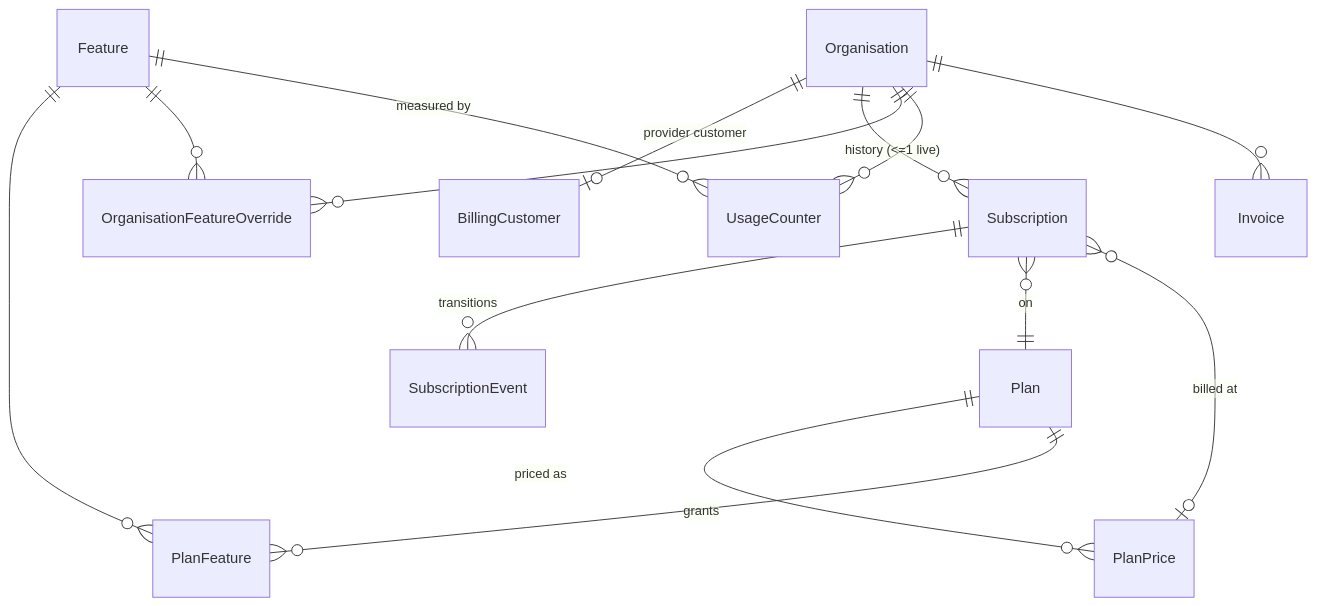
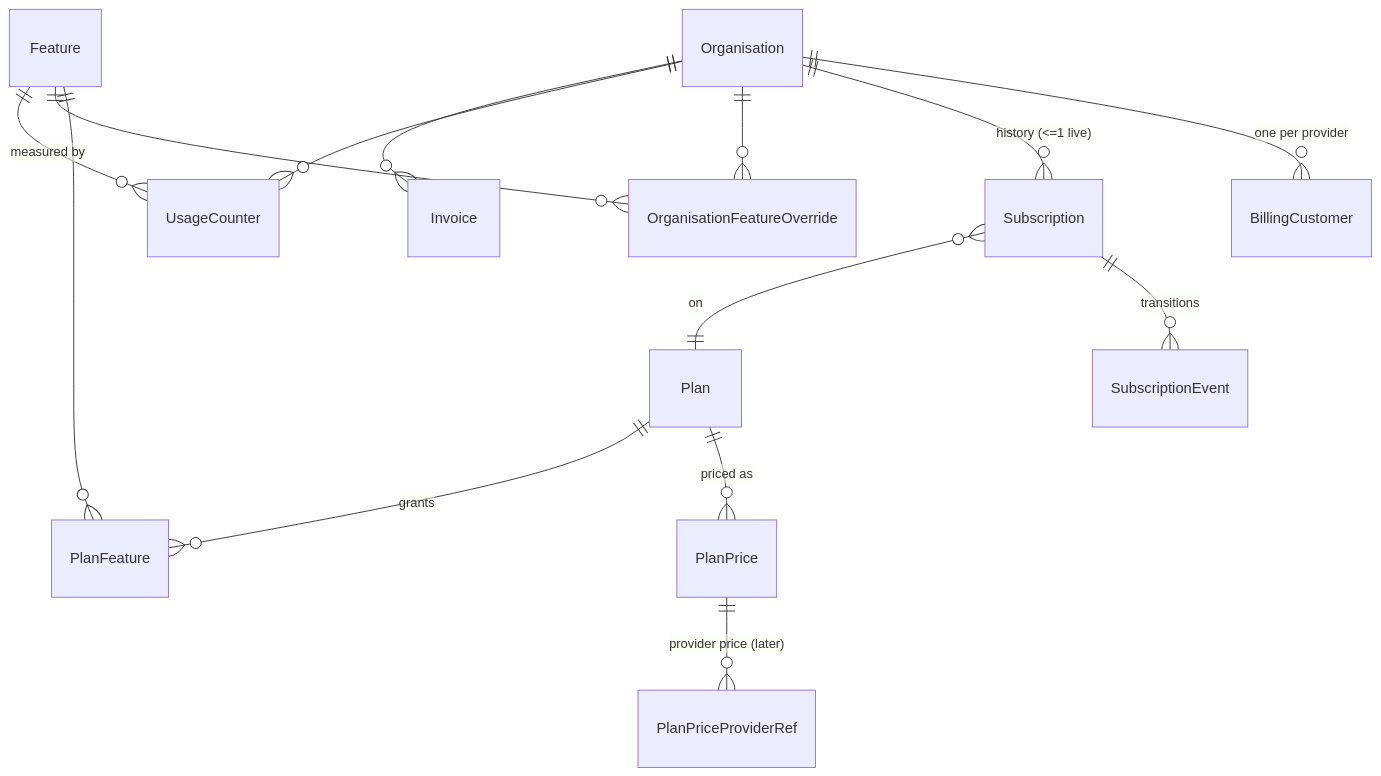
The second of 5 diagrams in docs/database/erd.md (pixfortech/storevia), drawn with Mermaid before and after one commit. The commit also changed other lines of this file and 4 other files, not shown here.

First line of the commit message:
docs(billing): ADR-0022 provider-neutral subscriptions, manual assignment and mock billing

````diff
--- a/docs/database/erd.md
+++ b/docs/database/erd.md
@@ -117,16 +117,16 @@
 ```mermaid
 erDiagram
   Plan ||--o{ PlanPrice : "priced as"
   Plan ||--o{ PlanFeature : "grants"
   Feature ||--o{ PlanFeature : ""
   Feature ||--o{ OrganisationFeatureOverride : ""
   Feature ||--o{ UsageCounter : "measured by"
-  Organisation ||--o| BillingCustomer : "provider customer"
+  Organisation ||--o{ BillingCustomer : "one per provider"
   Organisation ||--o{ Subscription : "history (<=1 live)"
   Organisation ||--o{ OrganisationFeatureOverride : ""
   Organisation ||--o{ UsageCounter : ""
   Organisation ||--o{ Invoice : ""
   Subscription ||--o{ SubscriptionEvent : "transitions"
   Subscription }o--|| Plan : "on"
-  Subscription }o--o| PlanPrice : "billed at"
+  PlanPrice ||--o{ PlanPriceProviderRef : "provider price (later)"
 ```
````
